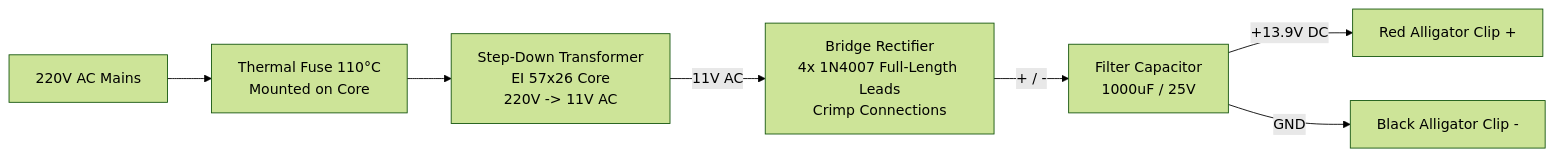
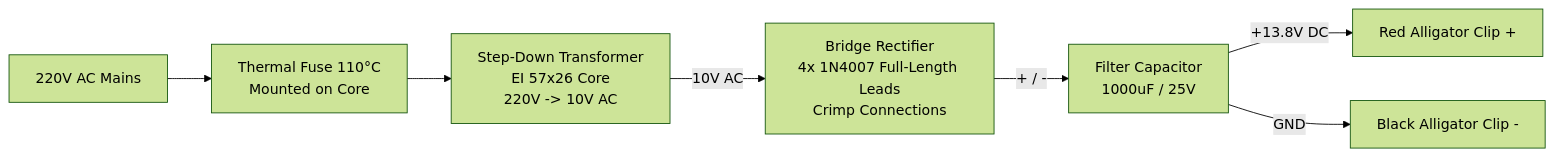
Before and after one commit to Despradoamir/solderless-12v-sla-battery-charger: the diagram in README.md, drawn with Mermaid (forest theme). The commit also changed other lines of this file, not shown here.

````diff
--- a/README.md
+++ b/README.md
@@ -30,9 +30,9 @@
 ```mermaid
 graph LR
     AC[220V AC Mains] --> TF[Thermal Fuse 110°C<br/>Mounted on Core]
-    TF --> TR[Step-Down Transformer<br/>EI 57x26 Core<br/>220V -> 11V AC]
-    TR -->|11V AC| BR[Bridge Rectifier<br/>4x 1N4007 Full-Length Leads<br/>Crimp Connections]
+    TF --> TR[Step-Down Transformer<br/>EI 57x26 Core<br/>220V -> 10V AC]
+    TR -->|10V AC| BR[Bridge Rectifier<br/>4x 1N4007 Full-Length Leads<br/>Crimp Connections]
     BR -->|+ / -| CAP[Filter Capacitor<br/>1000uF / 25V]
-    CAP -->|+13.9V DC| POS[Red Alligator Clip +]
+    CAP -->|+13.8V DC| POS[Red Alligator Clip +]
     CAP -->|GND| NEG[Black Alligator Clip -]
 ```
````
